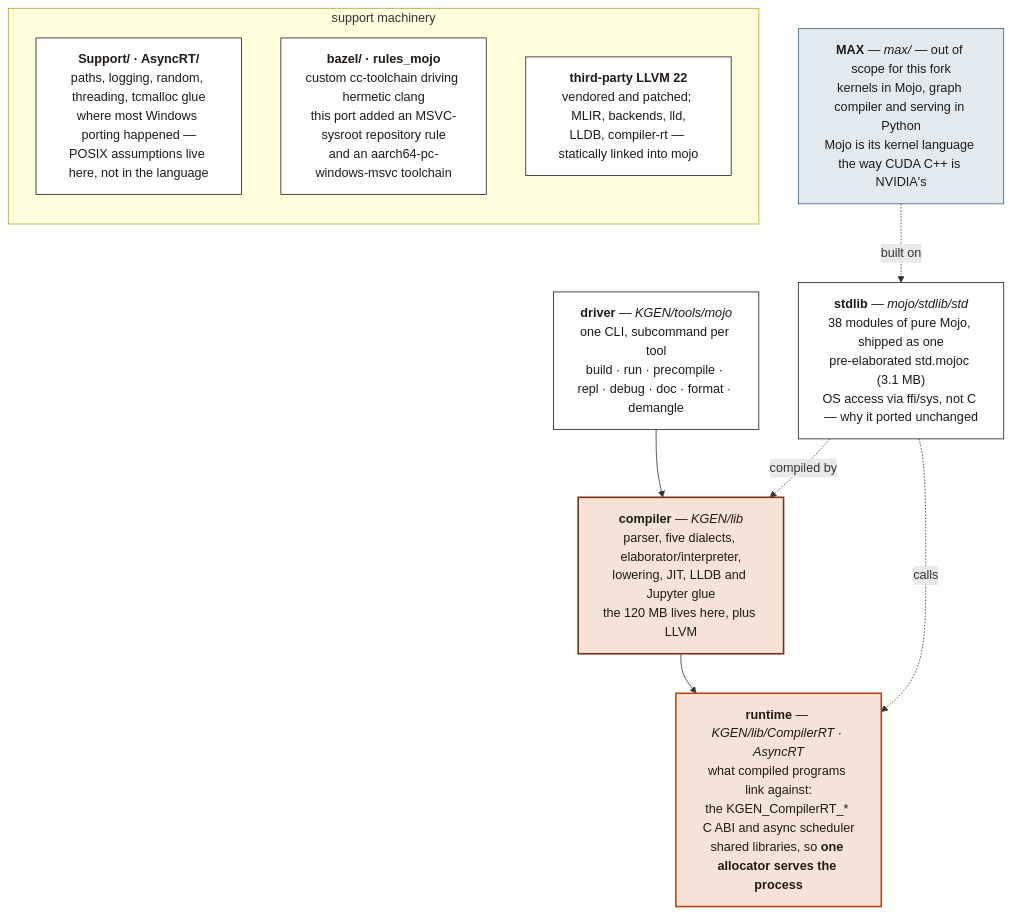
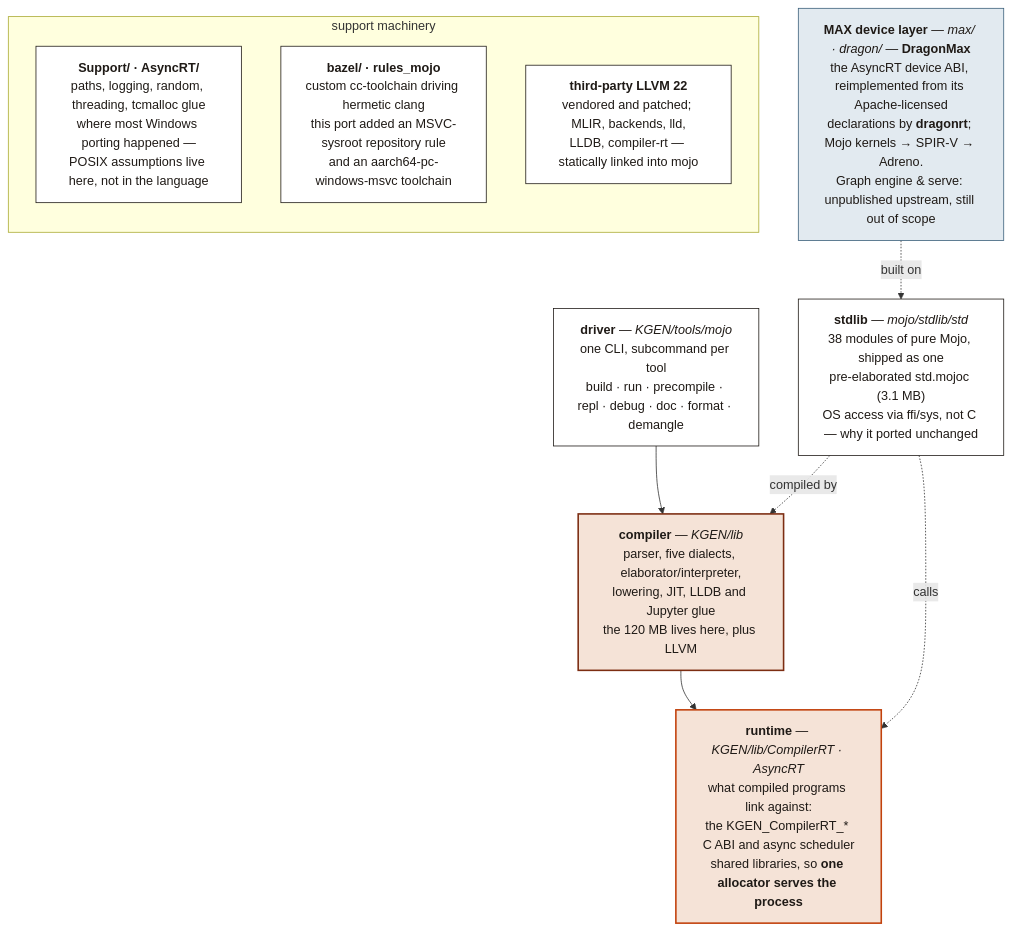
The second of 3 diagrams in README.md (albanread/maxdragon), drawn with Mermaid before and after one commit. The commit also changed other lines of this file, not shown here.

First line of the commit message:
[dragonmax] README: reconcile scope, diagram and licence text with SG4

````diff
--- a/README.md
+++ b/README.md
@@ -461,30 +472,30 @@
 ```mermaid
 flowchart TB
     D["<b>driver</b> — <i>KGEN/tools/mojo</i><br/>one CLI, subcommand per tool<br/>build · run · precompile · repl · debug · doc · format · demangle"]
     C["<b>compiler</b> — <i>KGEN/lib</i><br/>parser, five dialects, elaborator/interpreter,<br/>lowering, JIT, LLDB and Jupyter glue<br/>the 120 MB lives here, plus LLVM"]
     RT["<b>runtime</b> — <i>KGEN/lib/CompilerRT · AsyncRT</i><br/>what compiled programs link against:<br/>the KGEN_CompilerRT_* C ABI and async scheduler<br/>shared libraries, so <b>one allocator serves the process</b>"]
     SL["<b>stdlib</b> — <i>mojo/stdlib/std</i><br/>38 modules of pure Mojo, shipped as one<br/>pre-elaborated std.mojoc (3.1 MB)<br/>OS access via ffi/sys, not C — why it ported unchanged"]
-    MX["<b>MAX</b> — <i>max/</i> — out of scope for this fork<br/>kernels in Mojo, graph compiler and serving in Python<br/>Mojo is its kernel language the way CUDA C++ is NVIDIA's"]
+    MX["<b>MAX device layer</b> — <i>max/ · dragon/</i> — <b>DragonMax</b><br/>the AsyncRT device ABI, reimplemented from its Apache-licensed<br/>declarations by <b>dragonrt</b>; Mojo kernels → SPIR-V → Adreno.<br/>Graph engine &amp; serve: unpublished upstream, still out of scope"]
 
     D --> C --> RT
     SL -. "compiled by" .-> C
     SL -. "calls" .-> RT
     MX -. "built on" .-> SL
 
     subgraph rail ["support machinery"]
         direction TB
         S1["<b>Support/ · AsyncRT/</b><br/>paths, logging, random, threading, tcmalloc glue<br/>where most Windows porting happened —<br/>POSIX assumptions live here, not in the language"]
         S2["<b>bazel/ · rules_mojo</b><br/>custom cc-toolchain driving hermetic clang<br/>this port added an MSVC-sysroot repository rule<br/>and an aarch64-pc-windows-msvc toolchain"]
         S3["<b>third-party LLVM 22</b><br/>vendored and patched; MLIR, backends, lld,<br/>LLDB, compiler-rt — statically linked into mojo"]
     end
 
     classDef magma fill:#F5E3D7,stroke:#7C2D12,stroke-width:2px,color:#1F1A16
     classDef hot fill:#F5E3D7,stroke:#C2410C,stroke-width:2px,color:#1F1A16
     classDef steel fill:#E2EAF0,stroke:#3B5F7A,color:#1F1A16
     classDef plain fill:#FFFFFF,stroke:#1F1A16,color:#1F1A16
     class C magma
     class RT hot
     class MX steel
     class D,SL plain
     class S1,S2,S3 plain
 ```
````
